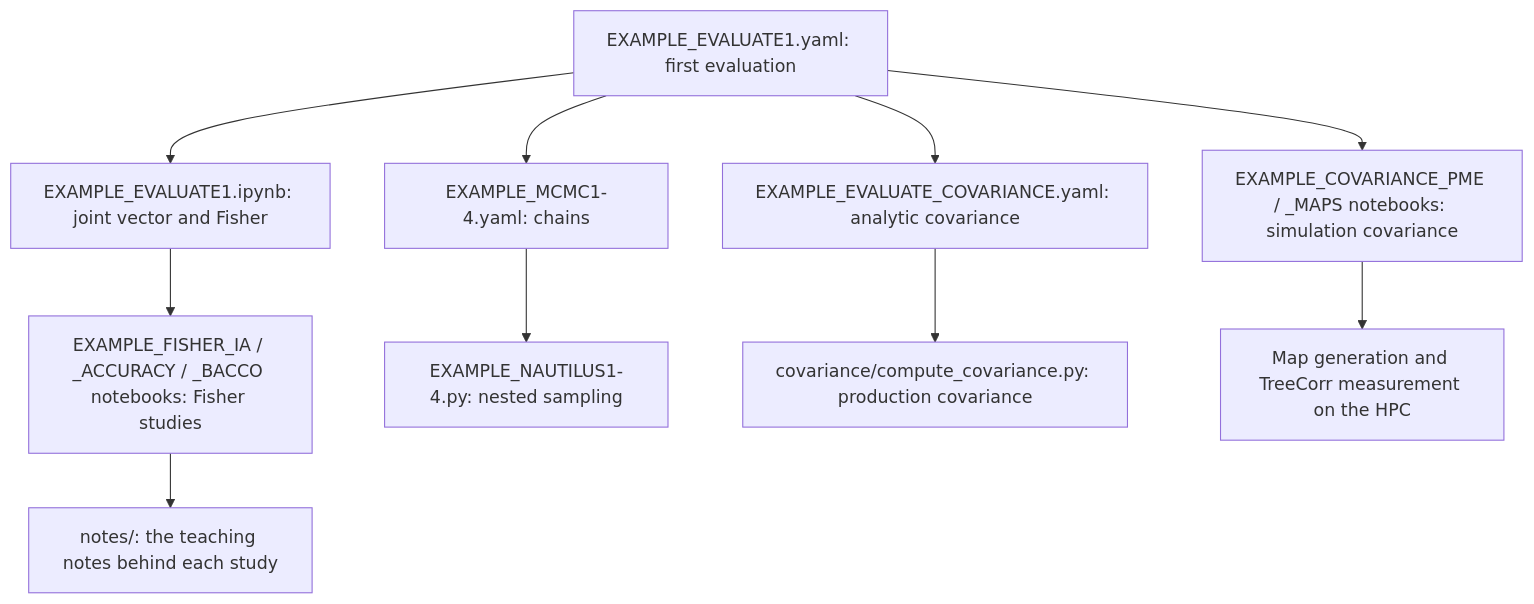
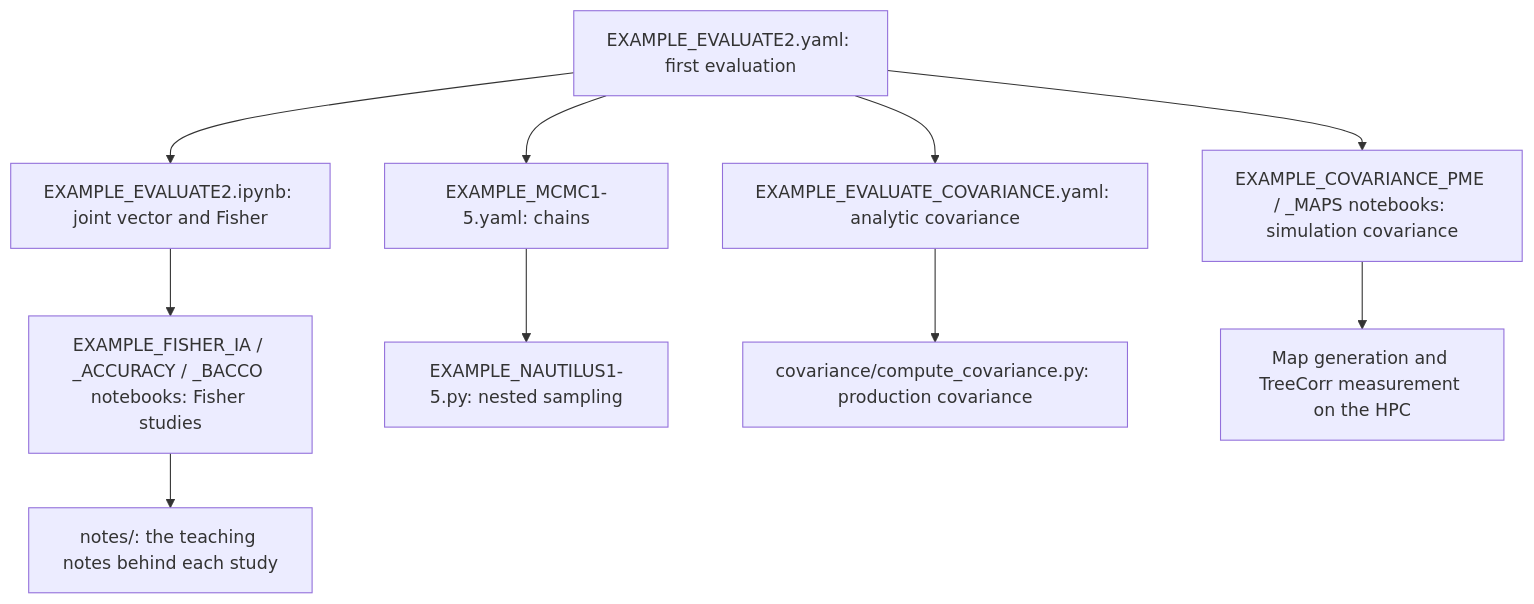
One commit to SBU-COSMOLIKE/cocoa_des_3pcf changed the diagram in README.md. Above: the diagram before and after it, drawn with Mermaid. The commit also changed other lines of this file and 97 other files, not shown here.

````diff
--- a/README.md
+++ b/README.md
@@ -39,12 +73,12 @@
 ```mermaid
 flowchart TB
-  A["EXAMPLE_EVALUATE1.yaml: first evaluation"] --> B["EXAMPLE_EVALUATE1.ipynb: joint vector and Fisher"]
+  A["EXAMPLE_EVALUATE2.yaml: first evaluation"] --> B["EXAMPLE_EVALUATE2.ipynb: joint vector and Fisher"]
   B --> C["EXAMPLE_FISHER_IA / _ACCURACY / _BACCO notebooks: Fisher studies"]
   C --> D["notes/: the teaching notes behind each study"]
-  A --> E["EXAMPLE_MCMC1-4.yaml: chains"]
-  E --> F["EXAMPLE_NAUTILUS1-4.py: nested sampling"]
+  A --> E["EXAMPLE_MCMC1-5.yaml: chains"]
+  E --> F["EXAMPLE_NAUTILUS1-5.py: nested sampling"]
   A --> G["EXAMPLE_EVALUATE_COVARIANCE.yaml: analytic covariance"]
   G --> H["covariance/compute_covariance.py: production covariance"]
   A --> I["EXAMPLE_COVARIANCE_PME / _MAPS notebooks: simulation covariance"]
   I --> J["Map generation and TreeCorr measurement on the HPC"]
 ```
````
